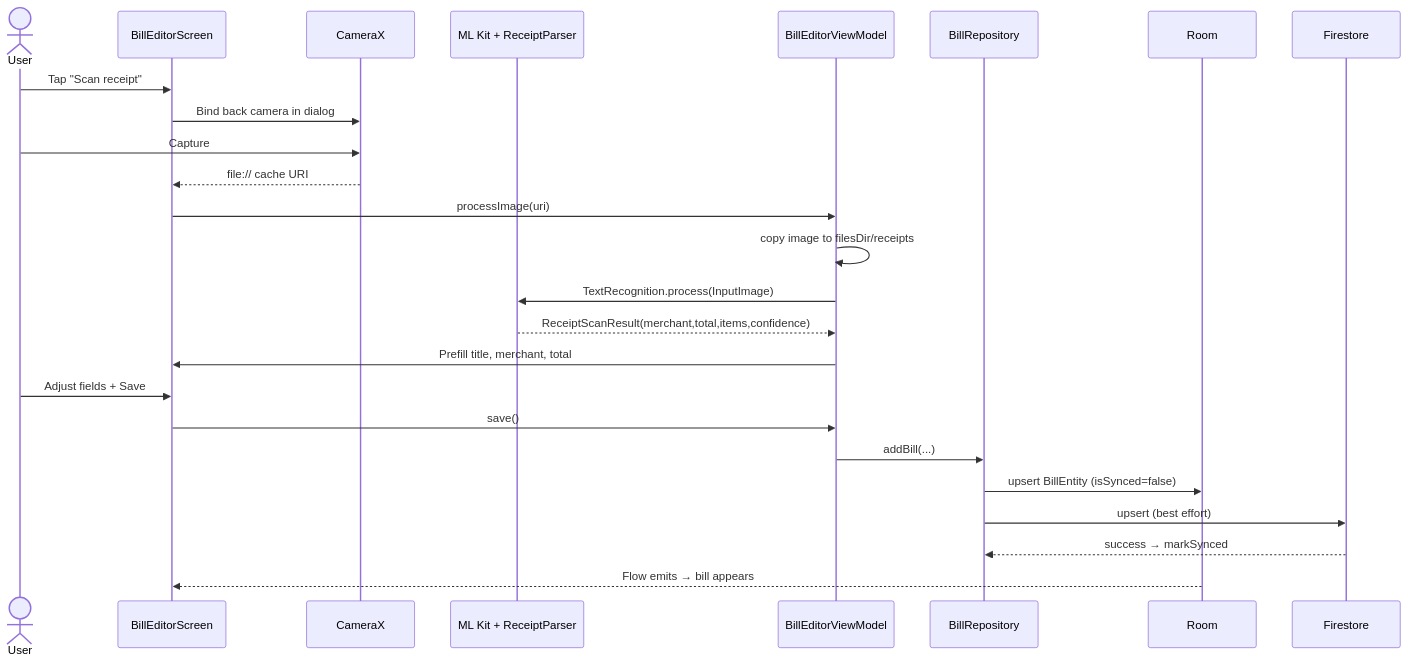
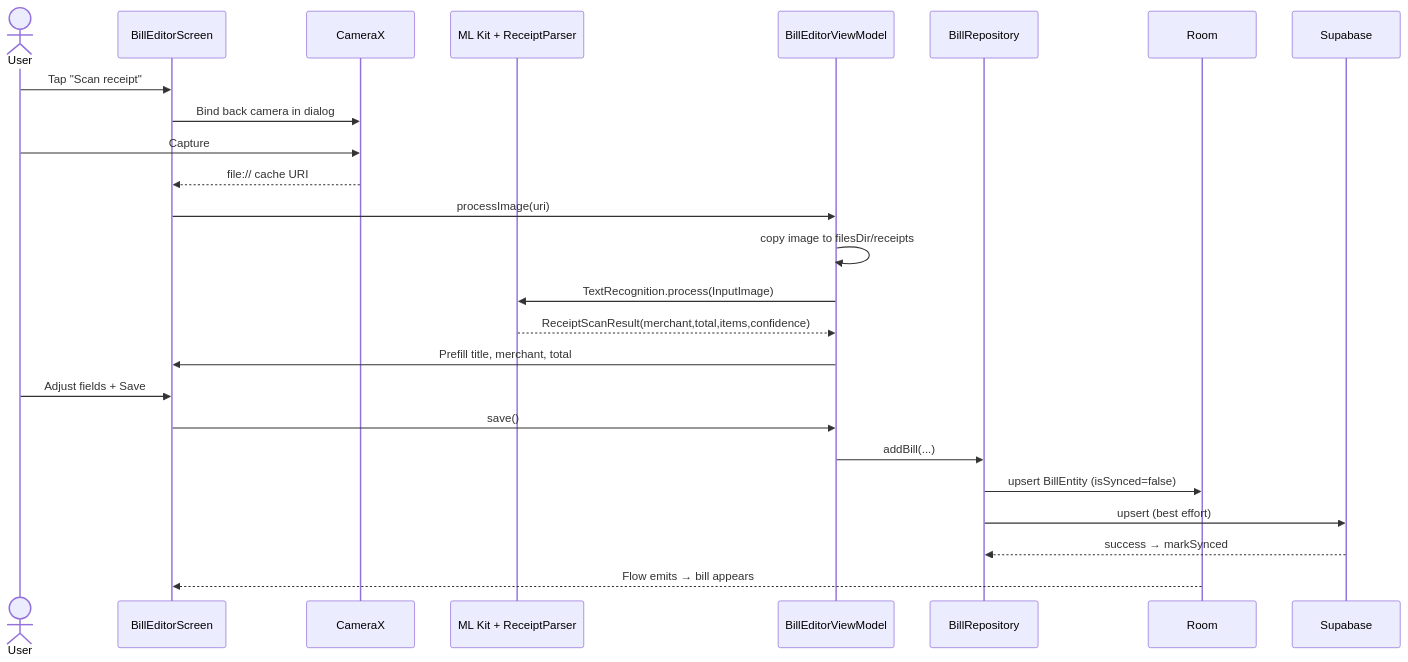
The second of 5 diagrams in docs/ARCHITECTURE.md (Koe-byte/SortMate), drawn with Mermaid before and after one commit. The commit also changed other lines of this file and 87 other files, not shown here.

````diff
--- a/docs/ARCHITECTURE.md
+++ b/docs/ARCHITECTURE.md
@@ -106,28 +126,28 @@
 ```mermaid
 sequenceDiagram
     actor User
     participant UI as BillEditorScreen
     participant Cam as CameraX
     participant OCR as ML Kit + ReceiptParser
     participant VM as BillEditorViewModel
     participant Repo as BillRepository
     participant Room as Room
-    participant FS as Firestore
+    participant SB as Supabase
 
     User->>UI: Tap "Scan receipt"
     UI->>Cam: Bind back camera in dialog
     User->>Cam: Capture
     Cam-->>UI: file:// cache URI
     UI->>VM: processImage(uri)
     VM->>VM: copy image to filesDir/receipts
     VM->>OCR: TextRecognition.process(InputImage)
     OCR-->>VM: ReceiptScanResult(merchant,total,items,confidence)
     VM->>UI: Prefill title, merchant, total
     User->>UI: Adjust fields + Save
     UI->>VM: save()
     VM->>Repo: addBill(...)
     Repo->>Room: upsert BillEntity (isSynced=false)
-    Repo->>FS: upsert (best effort)
-    FS-->>Repo: success → markSynced
+    Repo->>SB: upsert (best effort)
+    SB-->>Repo: success → markSynced
     Room-->>UI: Flow emits → bill appears
 ```
````
